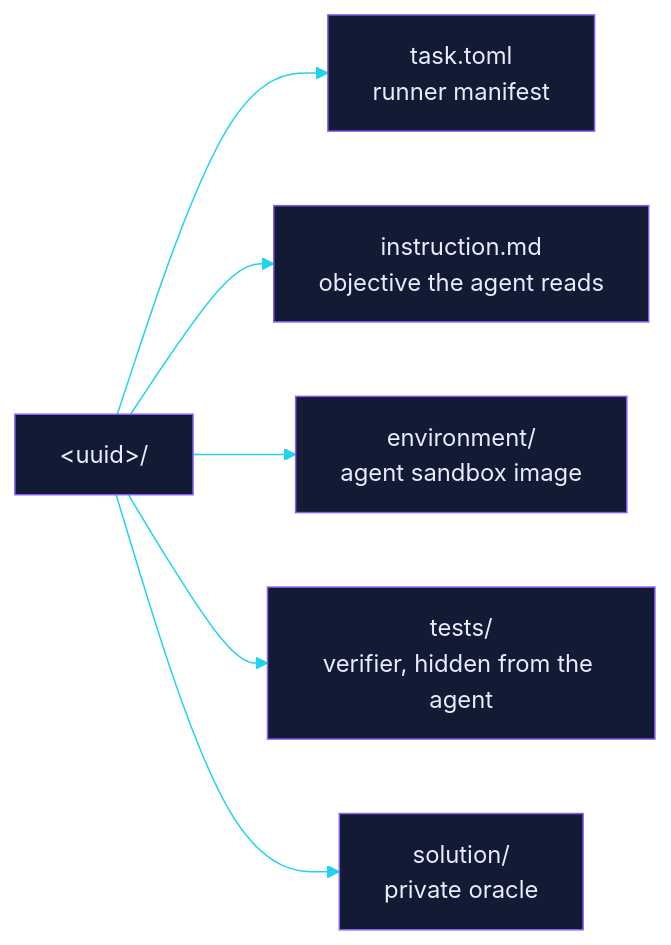
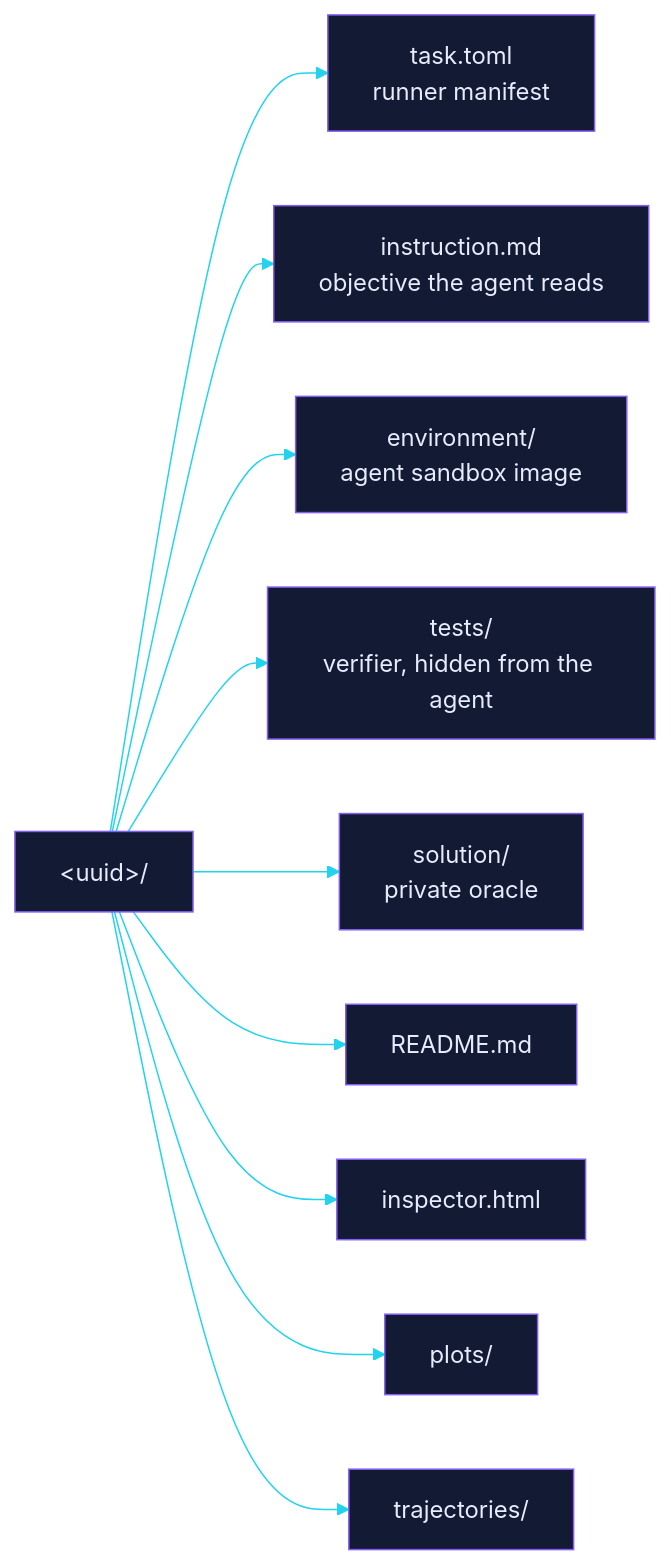
The first of 2 diagrams in README.md (EtharaOrion/aello-samples), drawn with Mermaid before and after one commit. The commit also changed other lines of this file, not shown here.

Commit message:
docs(readme): render the lane README

````diff
--- a/README.md
+++ b/README.md
@@ -60,10 +60,14 @@
 ```mermaid
 %%{init: {"theme":"base","themeVariables":{"primaryColor":"#131a33","primaryTextColor":"#e8ecff","primaryBorderColor":"#845EF7","lineColor":"#22d3ee","fontFamily":"monospace"}}}%%
 flowchart LR
     bundle["&lt;uuid&gt;/"]
     bundle --> n0["task.toml<br/>runner manifest"]
     bundle --> n1["instruction.md<br/>objective the agent reads"]
     bundle --> n2["environment/<br/>agent sandbox image"]
     bundle --> n3["tests/<br/>verifier, hidden from the agent"]
     bundle --> n4["solution/<br/>private oracle"]
+    bundle --> n5["README.md"]
+    bundle --> n6["inspector.html"]
+    bundle --> n7["plots/"]
+    bundle --> n8["trajectories/"]
 ```
````
